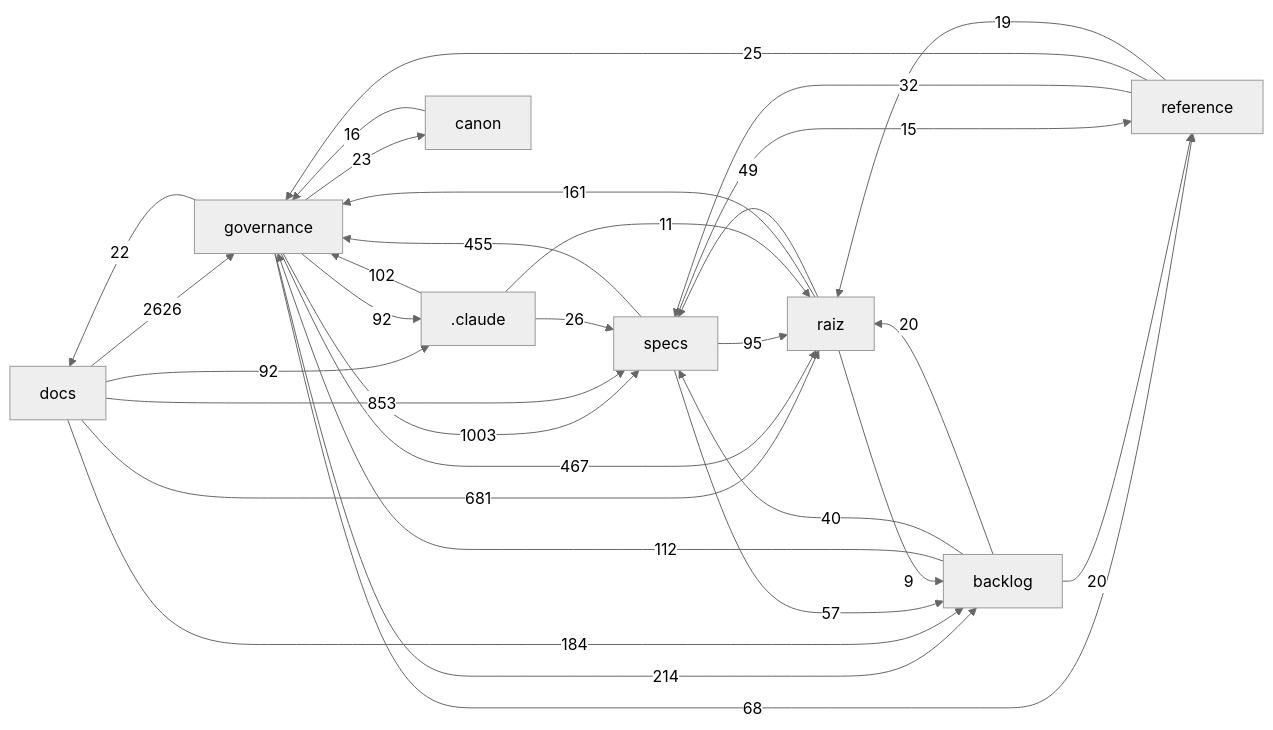
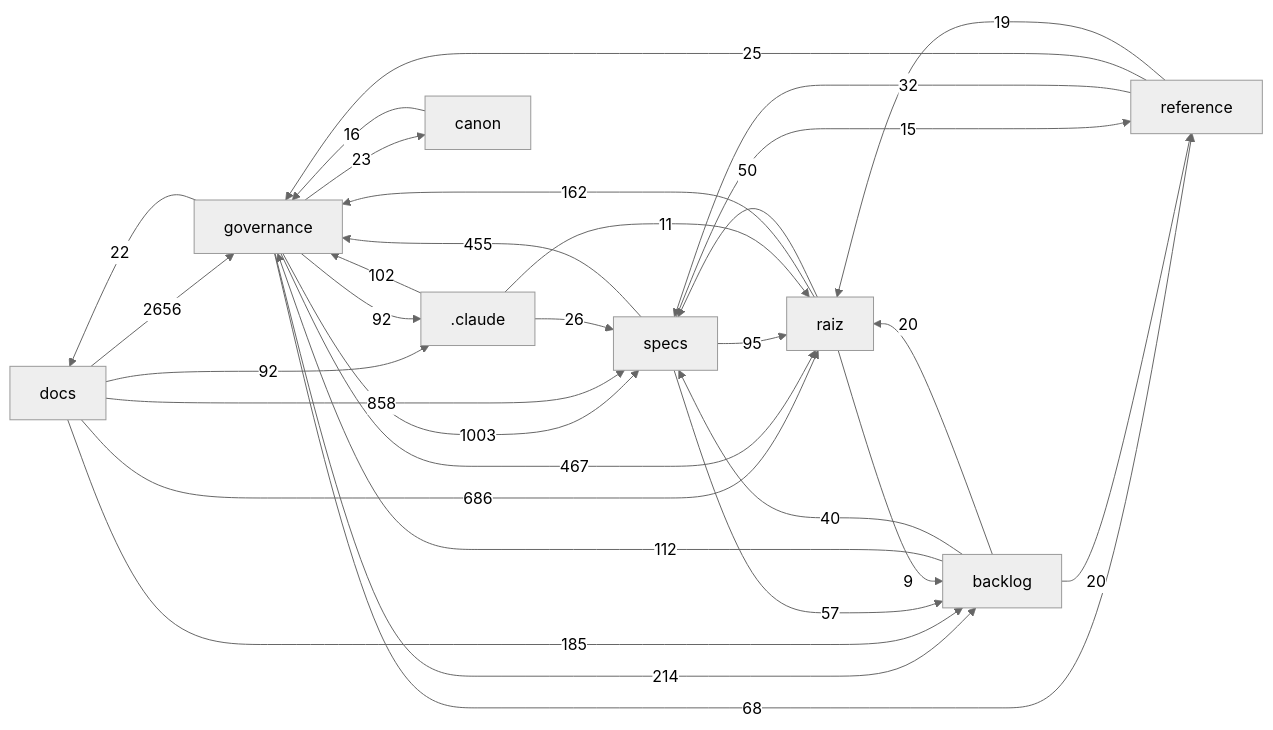
The diagram in docs/mapa/MAPA-PROJETO.md (Andraus35/Sistema-Operacional-de-Trading--SOT), drawn with Mermaid (neutral theme) before and after one commit. The commit also changed other lines of this file and 3 other files, not shown here.

````diff
--- a/docs/mapa/MAPA-PROJETO.md
+++ b/docs/mapa/MAPA-PROJETO.md
@@ -29,33 +29,33 @@
 ```mermaid
 flowchart LR
-  docs["docs"] -->|2626| governance["governance"]
+  docs["docs"] -->|2656| governance["governance"]
   governance["governance"] -->|1003| specs["specs"]
-  docs["docs"] -->|853| specs["specs"]
-  docs["docs"] -->|681| raiz["raiz"]
+  docs["docs"] -->|858| specs["specs"]
+  docs["docs"] -->|686| raiz["raiz"]
   governance["governance"] -->|467| raiz["raiz"]
   specs["specs"] -->|455| governance["governance"]
   governance["governance"] -->|214| backlog["backlog"]
-  docs["docs"] -->|184| backlog["backlog"]
-  raiz["raiz"] -->|161| governance["governance"]
+  docs["docs"] -->|185| backlog["backlog"]
+  raiz["raiz"] -->|162| governance["governance"]
   backlog["backlog"] -->|112| governance["governance"]
   _claude[".claude"] -->|102| governance["governance"]
   specs["specs"] -->|95| raiz["raiz"]
   docs["docs"] -->|92| _claude[".claude"]
   governance["governance"] -->|92| _claude[".claude"]
   governance["governance"] -->|68| reference["reference"]
   specs["specs"] -->|57| backlog["backlog"]
-  raiz["raiz"] -->|49| specs["specs"]
+  raiz["raiz"] -->|50| specs["specs"]
   backlog["backlog"] -->|40| specs["specs"]
   reference["reference"] -->|32| specs["specs"]
   _claude[".claude"] -->|26| specs["specs"]
   reference["reference"] -->|25| governance["governance"]
   governance["governance"] -->|23| canon["canon"]
   governance["governance"] -->|22| docs["docs"]
   backlog["backlog"] -->|20| raiz["raiz"]
   backlog["backlog"] -->|20| reference["reference"]
   reference["reference"] -->|19| raiz["raiz"]
   canon["canon"] -->|16| governance["governance"]
   specs["specs"] -->|15| reference["reference"]
   _claude[".claude"] -->|11| raiz["raiz"]
   raiz["raiz"] -->|9| backlog["backlog"]
 ```
````
